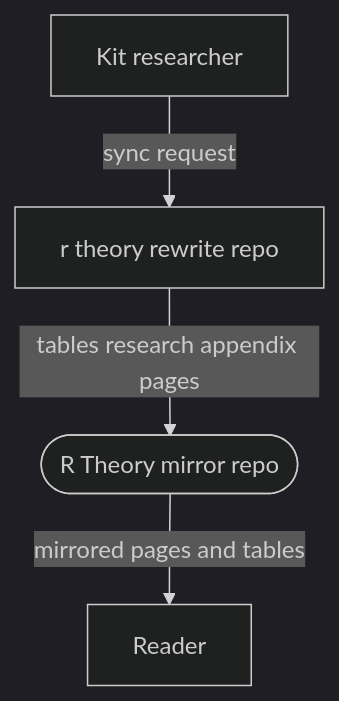
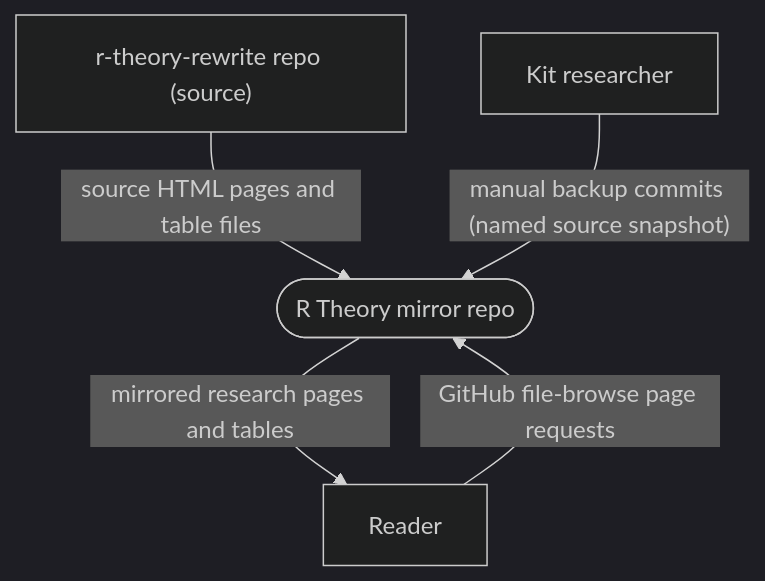
One commit to cosbykit-afk/R-Theory changed the first of 3 diagrams in docs/architecture.md. Above: the diagram before and after it, drawn with Mermaid (dark theme). The commit also changed other lines of this file, not shown here.

Commit message:
docs: improve architecture diagrams — grounded context, DFD, and ERD

````diff
--- a/docs/architecture.md
+++ b/docs/architecture.md
@@ -9,10 +9,11 @@
 ```mermaid
 flowchart
-    E1["r theory rewrite repo"]
+    E1["r-theory-rewrite repo (source)"]
     E2["Kit researcher"]
     E3["Reader"]
     SYS(["R Theory mirror repo"])
-    E1 -->|"tables research appendix pages"| SYS
-    E2 -->|"sync request"| E1
-    SYS -->|"mirrored pages and tables"| E3
+    E1 -->|"source HTML pages and table files"| SYS
+    E2 -->|"manual backup commits (named source snapshot)"| SYS
+    SYS -->|"mirrored research pages and tables"| E3
+    E3 -->|"GitHub file-browse page requests"| SYS
 ```
````
